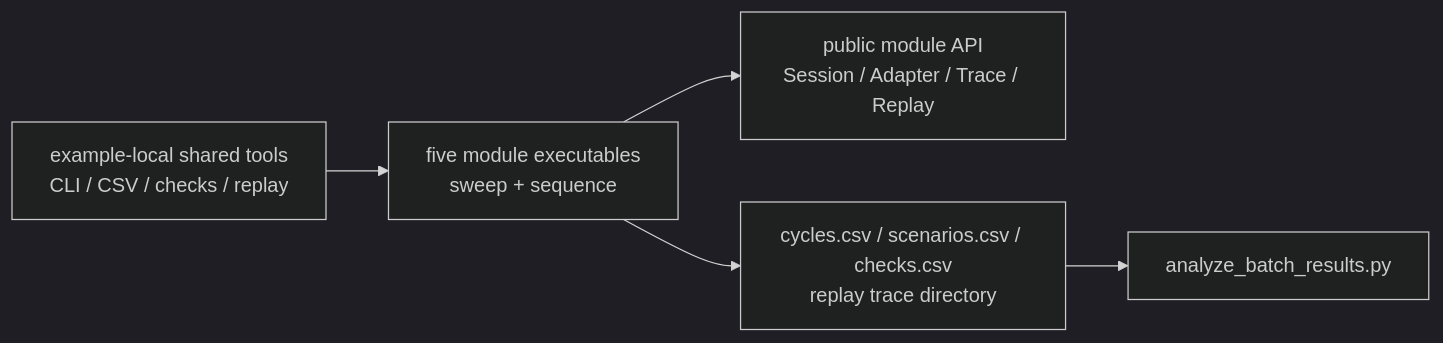
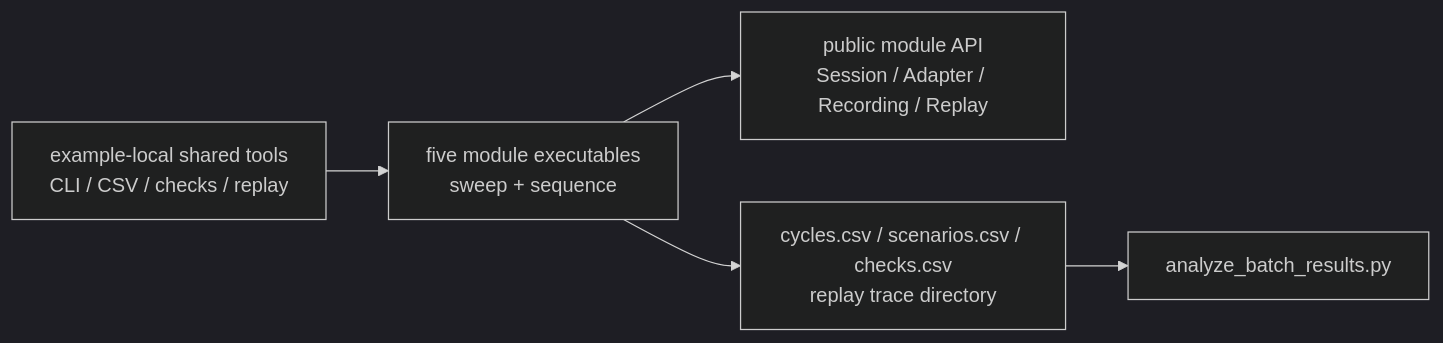
One commit to boilwater-3/1q changed the diagram in docs/practice/batch_validation.md. Above: the diagram before and after it, drawn with Mermaid (dark theme). The commit also changed other lines of this file and 100 other files, not shown here.

````diff
--- a/docs/practice/batch_validation.md
+++ b/docs/practice/batch_validation.md
@@ -57,13 +57,13 @@
 ```mermaid
 flowchart LR
   Shared["example-local shared tools\nCLI / CSV / checks / replay"]
   Programs["five module executables\nsweep + sequence"]
-  Public["public module API\nSession / Adapter / Trace / Replay"]
+  Public["public module API\nSession / Adapter / Recording / Replay"]
   Products["cycles.csv / scenarios.csv / checks.csv\nreplay trace directory"]
   Analyzer["analyze_batch_results.py"]
 
   Shared --> Programs
   Programs --> Public
   Programs --> Products
   Products --> Analyzer
 ```
````
